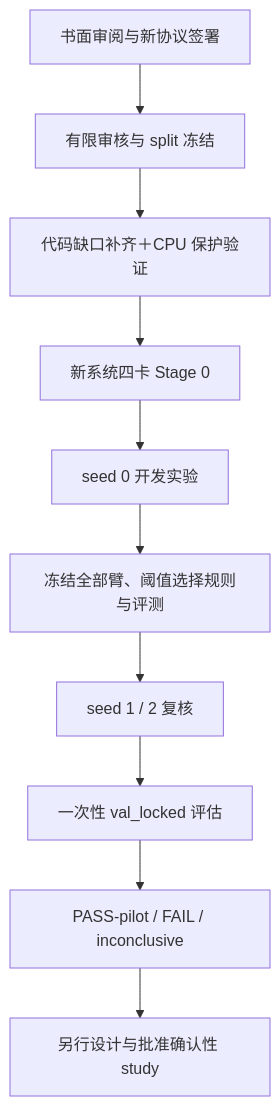
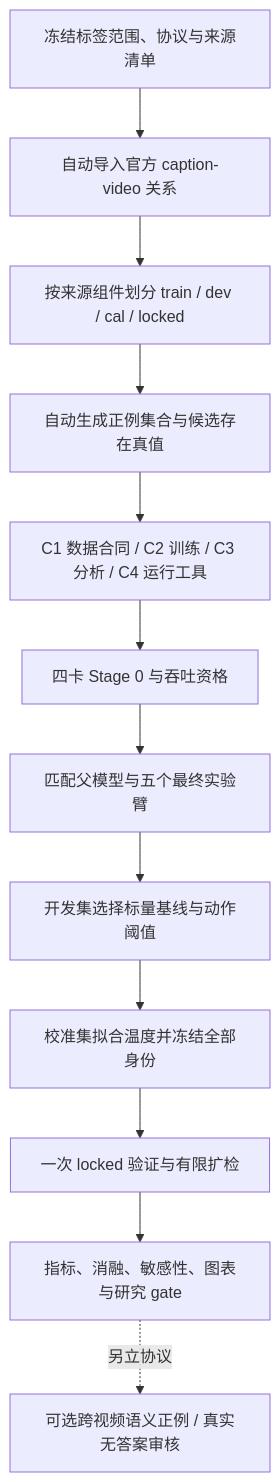
The diagram in docs/superpowers/specs/2026-10-01-semantic-retrieval-experiment-design.md (ChihayaAnonnn/tvr), drawn with Mermaid before and after one commit. The commit also changed other lines of this file and 4 other files, not shown here.

````diff
--- a/docs/superpowers/specs/2026-10-01-semantic-retrieval-experiment-design.md
+++ b/docs/superpowers/specs/2026-10-01-semantic-retrieval-experiment-design.md
@@ -32,12 +29,14 @@
 ```mermaid
 flowchart TD
-    Review[书面审阅与新协议签署] --> Data[有限审核与 split 冻结]
-    Data --> Ready[代码缺口补齐＋CPU 保护验证]
-    Ready --> Qual[新系统四卡 Stage 0]
-    Qual --> Pilot[seed 0 开发实验]
-    Pilot --> Freeze[冻结全部臂、阈值选择规则与评测]
-    Freeze --> Seeds[seed 1 / 2 复核]
-    Seeds --> Locked[一次性 val_locked 评估]
-    Locked --> Report[PASS-pilot / FAIL / inconclusive]
-    Report --> Later[另行设计与批准确认性 study]
+  Protocol[冻结标签范围、协议与来源清单] --> Import[自动导入官方 caption-video 关系]
+  Import --> Split[按来源组件划分 train / dev / cal / locked]
+  Split --> Truth[自动生成正例集合与候选存在真值]
+  Truth --> Software[C1 数据合同 / C2 训练 / C3 分析 / C4 运行工具]
+  Software --> Qualification[四卡 Stage 0 与吞吐资格]
+  Qualification --> Train[匹配父模型与五个最终实验臂]
+  Train --> Dev[开发集选择标量基线与动作阈值]
+  Dev --> Cal[校准集拟合温度并冻结全部身份]
+  Cal --> Locked[一次 locked 验证与有限扩检]
+  Locked --> Report[指标、消融、敏感性、图表与研究 gate]
+  Report -.另立协议.-> Optional[可选跨视频语义正例 / 真实无答案审核]
 ```
````
